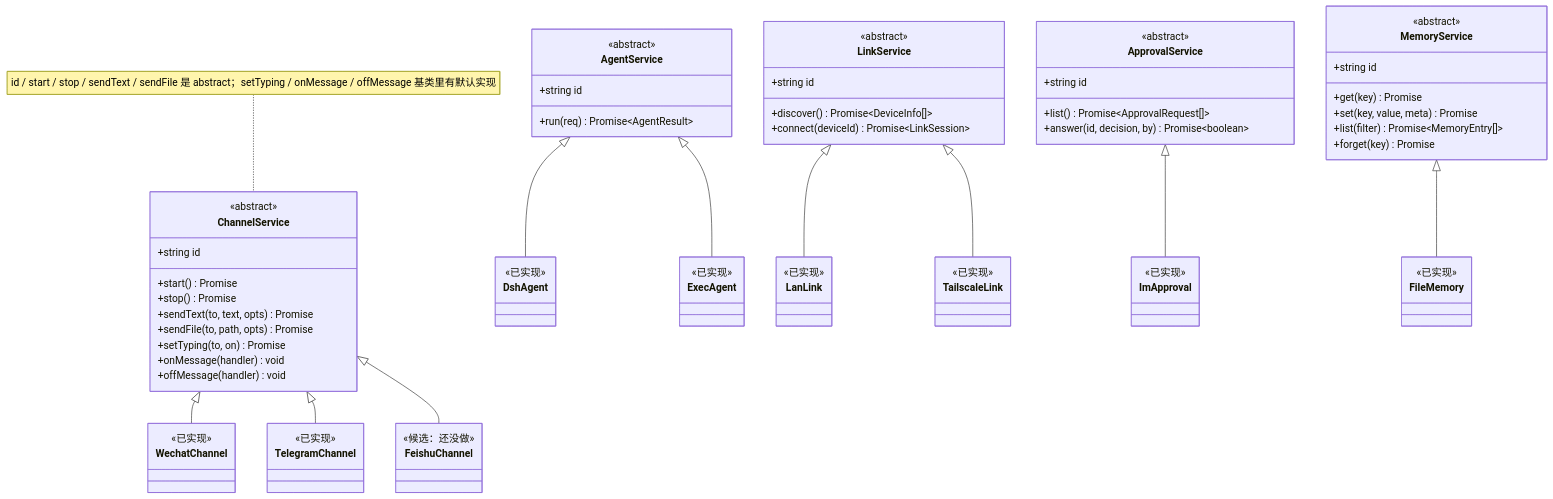
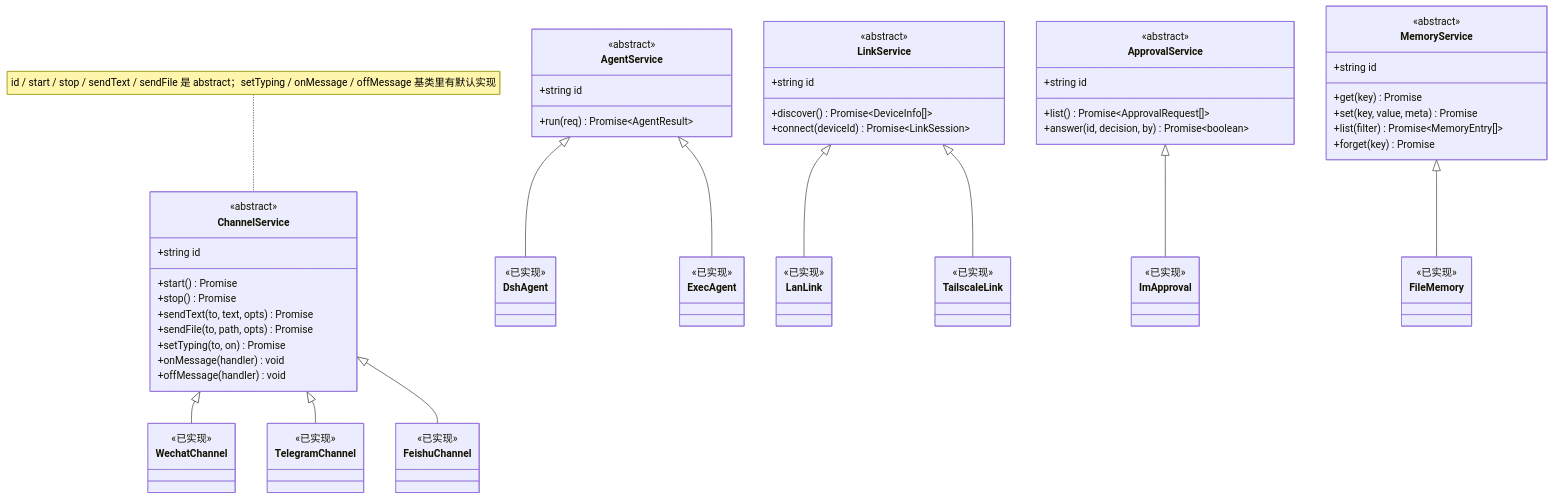
Before and after one commit to Leowuqunqun/ai-butler: the diagram in docs/diagrams/tech-10-class-seams.mmd, drawn with Mermaid. The commit also changed 18 other files, not shown here.

First line of the commit message:
第 91 轮补（四）：架构图跟上第三条通道 —— 7 张重渲 + 3 处「图说跟图打架」

```diff
--- a/docs/diagrams/tech-10-class-seams.mmd
+++ b/docs/diagrams/tech-10-class-seams.mmd
@@ -1,56 +1,56 @@
 classDiagram
     class ChannelService {
         <<abstract>>
         +string id
         +start() Promise
         +stop() Promise
         +sendText(to, text, opts) Promise
         +sendFile(to, path, opts) Promise
         +setTyping(to, on) Promise
         +onMessage(handler) void
         +offMessage(handler) void
     }
     class AgentService {
         <<abstract>>
         +string id
         +run(req) Promise~AgentResult~
     }
     class LinkService {
         <<abstract>>
         +string id
         +discover() Promise~DeviceInfo[]~
         +connect(deviceId) Promise~LinkSession~
     }
     class ApprovalService {
         <<abstract>>
         +string id
         +list() Promise~ApprovalRequest[]~
         +answer(id, decision, by) Promise~boolean~
     }
     class MemoryService {
         <<abstract>>
         +string id
         +get(key) Promise
         +set(key, value, meta) Promise
         +list(filter) Promise~MemoryEntry[]~
         +forget(key) Promise
     }
     note for ChannelService "id / start / stop / sendText / sendFile 是 abstract；setTyping / onMessage / offMessage 基类里有默认实现"
     ChannelService <|-- WechatChannel
     ChannelService <|-- TelegramChannel
     ChannelService <|-- FeishuChannel
     AgentService <|-- DshAgent
     AgentService <|-- ExecAgent
     LinkService <|-- LanLink
     LinkService <|-- TailscaleLink
     ApprovalService <|-- ImApproval
     MemoryService <|-- FileMemory
     class WechatChannel {<<已实现>>}
     class TelegramChannel {<<已实现>>}
-    class FeishuChannel {<<候选：还没做>>}
+    class FeishuChannel {<<已实现>>}
     class DshAgent {<<已实现>>}
     class ExecAgent {<<已实现>>}
     class LanLink {<<已实现>>}
     class TailscaleLink {<<已实现>>}
     class ImApproval {<<已实现>>}
     class FileMemory {<<已实现>>}
```
